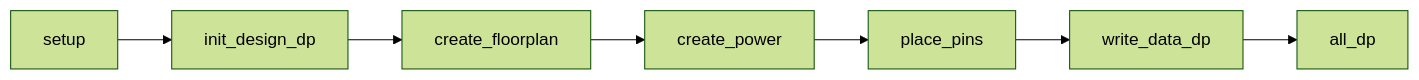
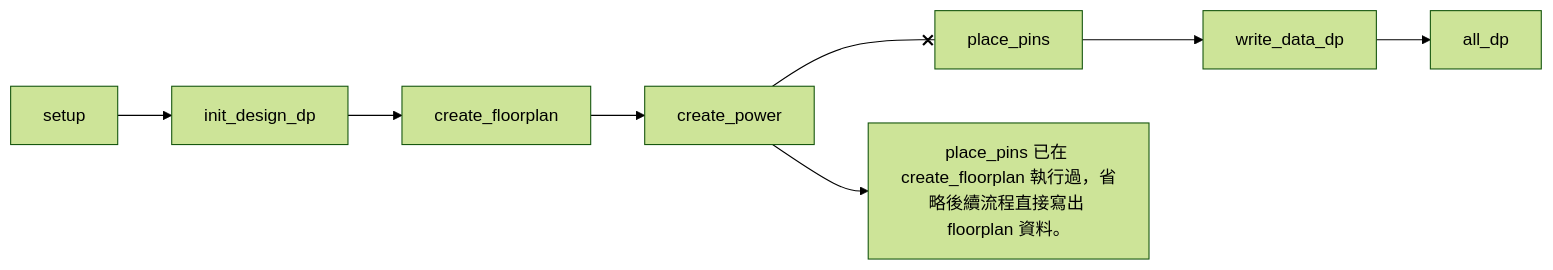
Before and after one commit to plusisland/ICC2: the fifth of 7 diagrams in ICC2DP.md, drawn with Mermaid (forest theme). The commit also changed other lines of this file, not shown here.

````diff
--- a/ICC2DP.md
+++ b/ICC2DP.md
@@ -350,9 +350,10 @@
 ```mermaid
 flowchart LR
     setup["setup"] --> init_design_dp["init_design_dp"]
     init_design_dp --> create_floorplan["create_floorplan"]
     create_floorplan --> create_power["create_power"]
-    create_power --> place_pins["place_pins"]
+    create_power --x place_pins["place_pins"]
+    create_power --> End["place_pins 已在 create_floorplan 執行過，省略後續流程直接寫出 floorplan 資料。"]
     place_pins --> write_data_dp["write_data_dp"]
     write_data_dp --> all_dp["all_dp"]
 ```
````
